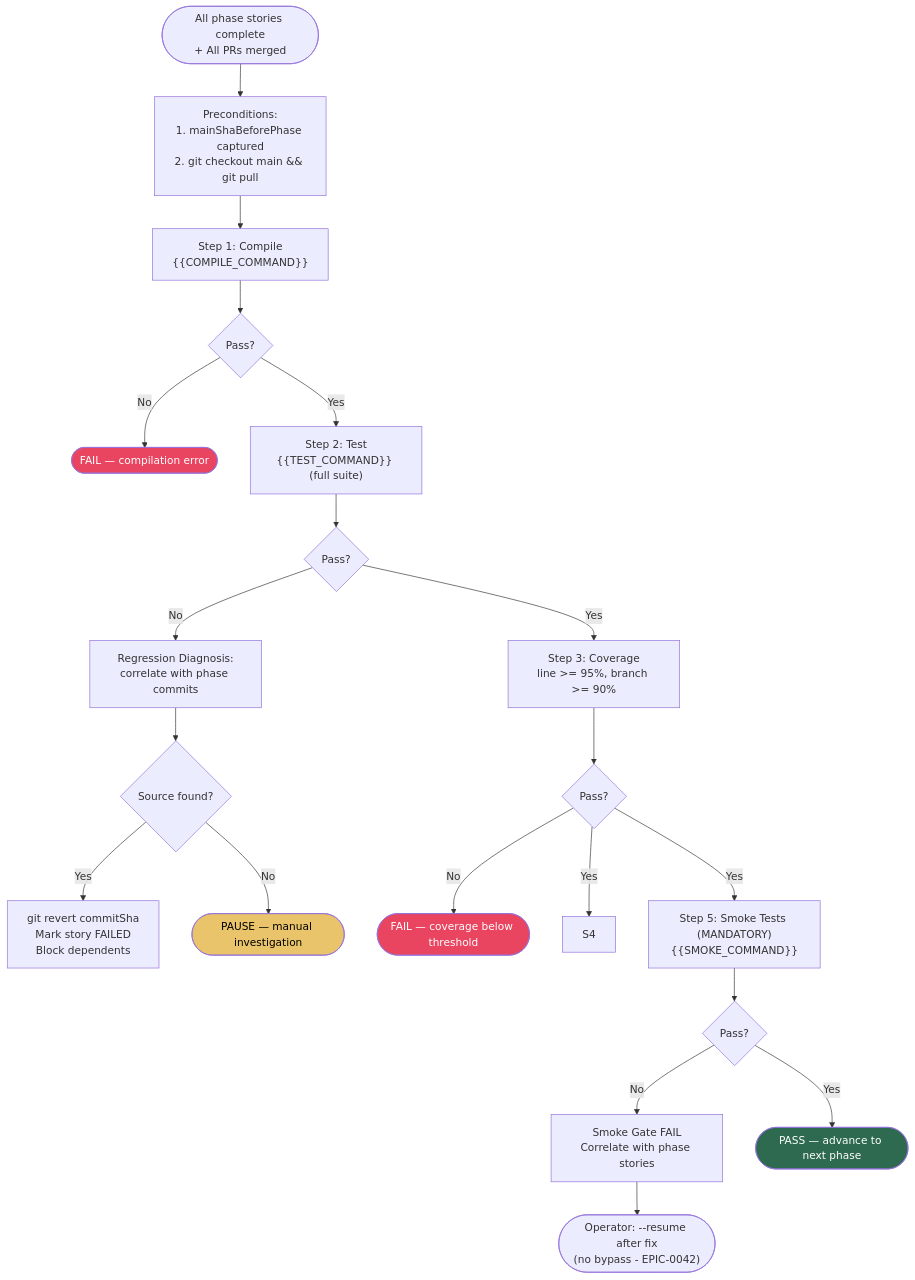
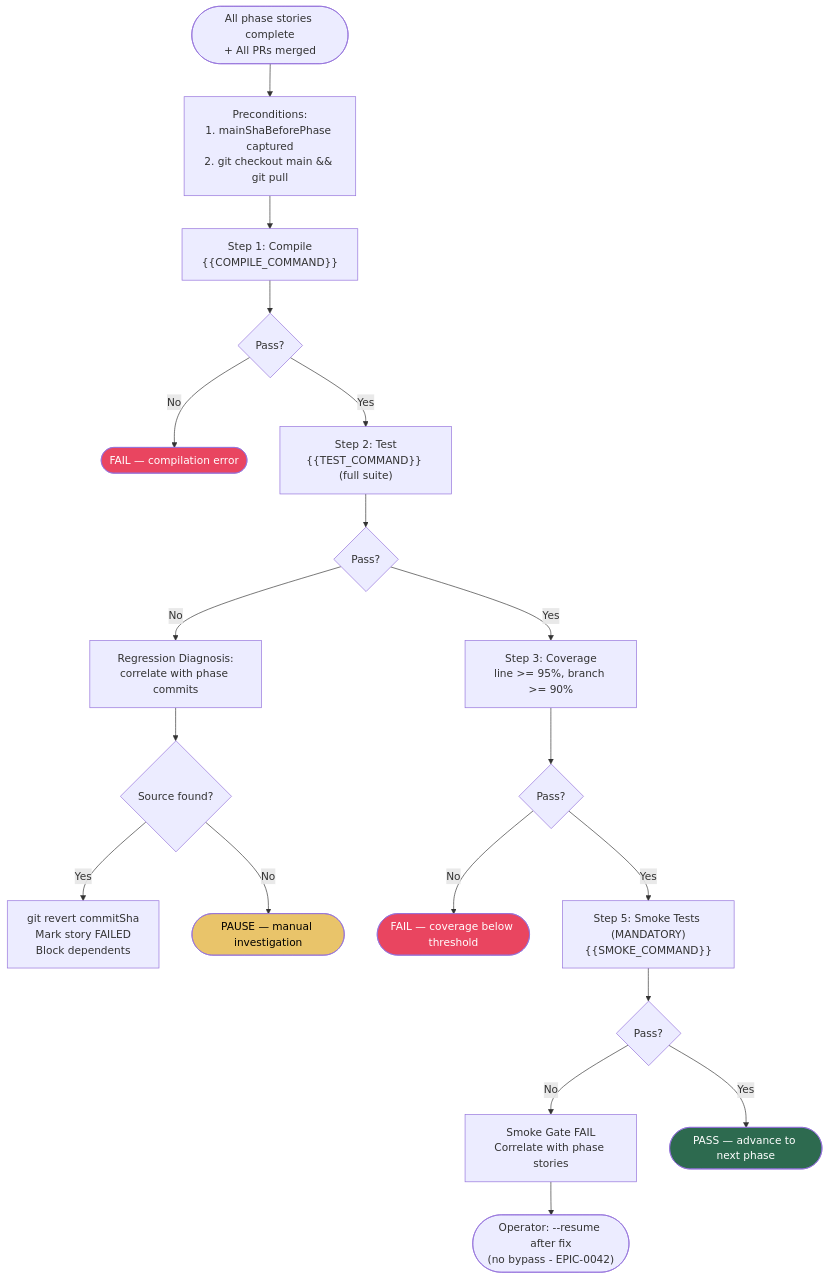
The sixth of 8 diagrams in java/src/test/resources/golden/python-click-cli/.claude/skills/x-epic-implement/README.md (edercnj/ia-dev-environment), drawn with Mermaid before and after one commit. The commit also changed 119 other files, not shown here.

````diff
--- a/java/src/test/resources/golden/python-click-cli/.claude/skills/x-epic-implement/README.md
+++ b/java/src/test/resources/golden/python-click-cli/.claude/skills/x-epic-implement/README.md
@@ -280,35 +280,33 @@
 ```mermaid
 flowchart TD
     TRIGGER(["All phase stories complete<br/>+ All PRs merged"]) --> PRE
 
     PRE["Preconditions:<br/>1. mainShaBeforePhase captured<br/>2. git checkout main && git pull"] --> S1
 
     S1["Step 1: Compile<br/>{{COMPILE_COMMAND}}"] --> S1R{Pass?}
     S1R -->|No| FAIL1(["FAIL — compilation error"])
     S1R -->|Yes| S2
 
     S2["Step 2: Test<br/>{{TEST_COMMAND}} (full suite)"] --> S2R{Pass?}
     S2R -->|No| REGRESS["Regression Diagnosis:<br/>correlate with phase commits"]
     S2R -->|Yes| S3
 
     REGRESS --> REGSRC{Source found?}
     REGSRC -->|Yes| REVERT["git revert commitSha<br/>Mark story FAILED<br/>Block dependents"]
     REGSRC -->|No| PAUSE(["PAUSE — manual investigation"])
 
     S3["Step 3: Coverage<br/>line >= 95%, branch >= 90%"] --> S3R{Pass?}
     S3R -->|No| FAIL3(["FAIL — coverage below threshold"])
-    S3R -->|Yes| S4
-
     S3R -->|Yes| S5
 
     S5["Step 5: Smoke Tests (MANDATORY)<br/>{{SMOKE_COMMAND}}"] --> S5R{Pass?}
     S5R -->|No| SMOKEFAIL["Smoke Gate FAIL<br/>Correlate with phase stories"]
     S5R -->|Yes| PASS(["PASS — advance to next phase"])
 
     SMOKEFAIL --> OPERATOR(["Operator: --resume after fix<br/>(no bypass - EPIC-0042)"])
 
     style PASS fill:#2d6a4f,color:#fff
     style FAIL1 fill:#e94560,color:#fff
     style FAIL3 fill:#e94560,color:#fff
     style PAUSE fill:#e9c46a,color:#000
 ```
````
